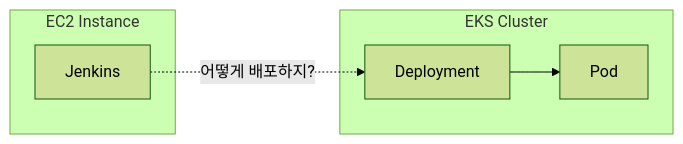
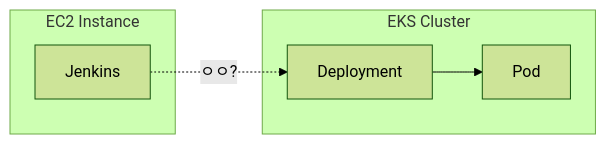
Before and after one commit to jw3418/jw3418.github.io: the first of 10 diagrams in _posts/2026-08-16-jenkins-eks-deployment-flow.md, drawn with Mermaid (forest theme).

Commit message:
Update Korean text in Jenkins EKS deployment flow

````diff
--- a/_posts/2026-08-16-jenkins-eks-deployment-flow.md
+++ b/_posts/2026-08-16-jenkins-eks-deployment-flow.md
@@ -28,12 +28,12 @@
 ```mermaid
 flowchart LR
     subgraph EC2["EC2 Instance"]
         J["Jenkins"]
     end
 
     subgraph EKS["EKS Cluster"]
         D["Deployment"] --> P["Pod"]
     end
 
-    J -. "어떻게 배포하지?" .-> D
+    J -. "ㅇㅇ?" .-> D
 ```
````
